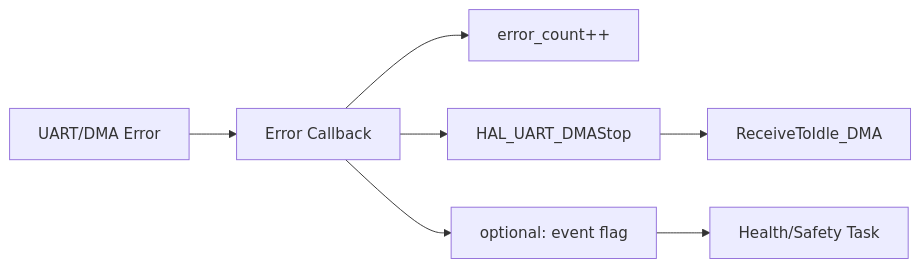
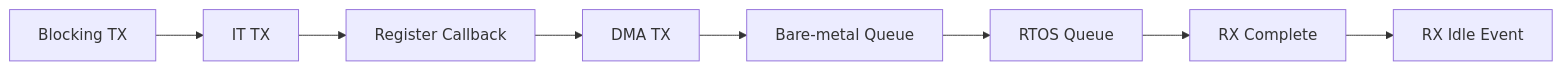
Before and after one commit to inaku-Gyan/RM-EC-Tutorial-2026-Summer: the third of 3 diagrams in decks/uart-dma/slides.md, drawn with Mermaid. The commit also changed other lines of this file, not shown here.

Commit message:
Redesign UART DMA slides progression

````diff
--- a/decks/uart-dma/slides.md
+++ b/decks/uart-dma/slides.md
@@ -812,9 +1070,10 @@
 ```mermaid
 flowchart LR
-  Err[UART/DMA Error] --> Callback[Error Callback]
-  Callback --> Count[error_count++]
-  Callback --> Stop[HAL_UART_DMAStop]
-  Stop --> Restart[ReceiveToIdle_DMA]
-  Callback --> Notify[optional: event flag]
-  Notify --> Task[Health/Safety Task]
+  B[Blocking TX] --> I[IT TX]
+  I --> C[Register Callback]
+  C --> D[DMA TX]
+  D --> Q[Bare-metal Queue]
+  Q --> R[RTOS Queue]
+  R --> RX[RX Complete]
+  RX --> Idle[RX Idle Event]
 ```
````
